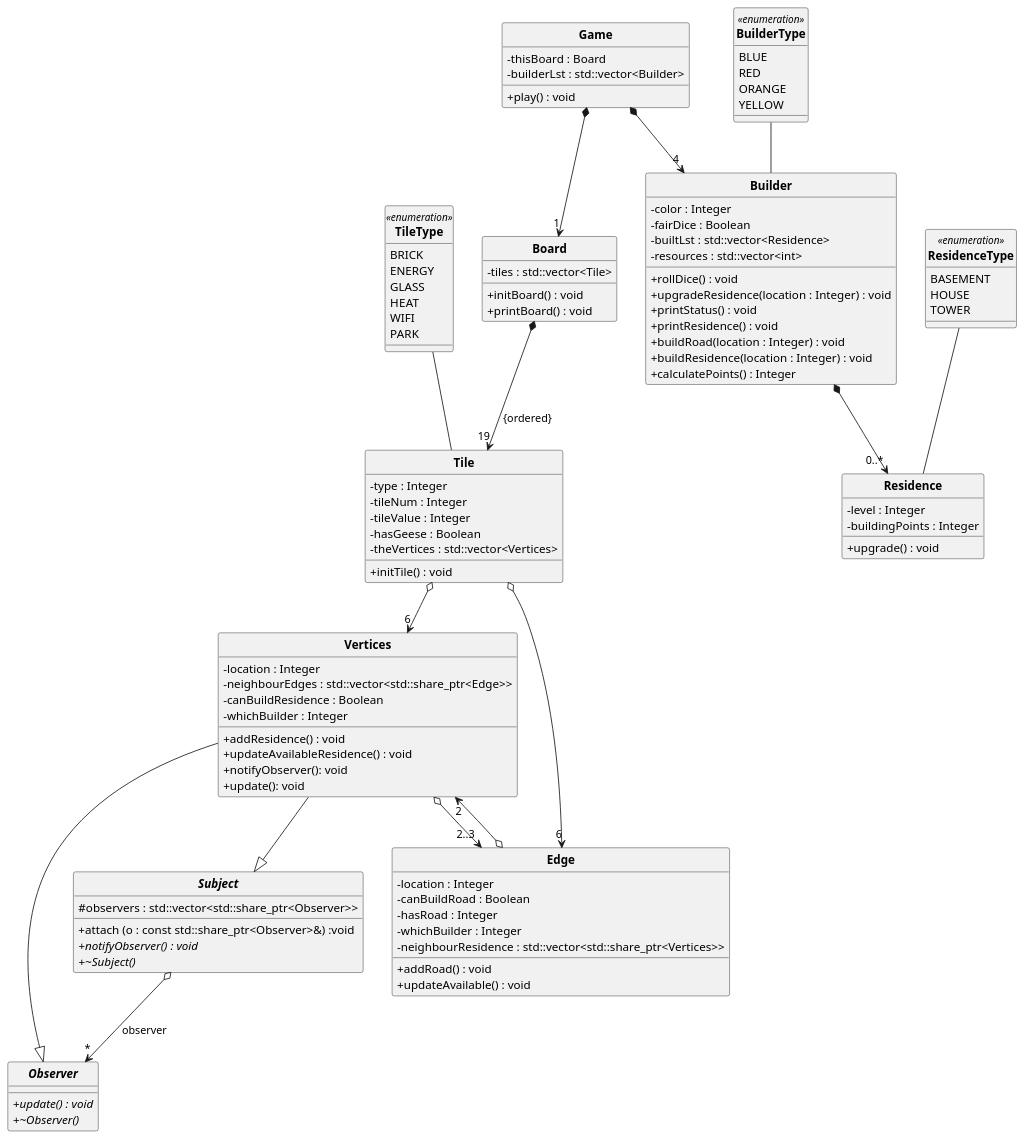
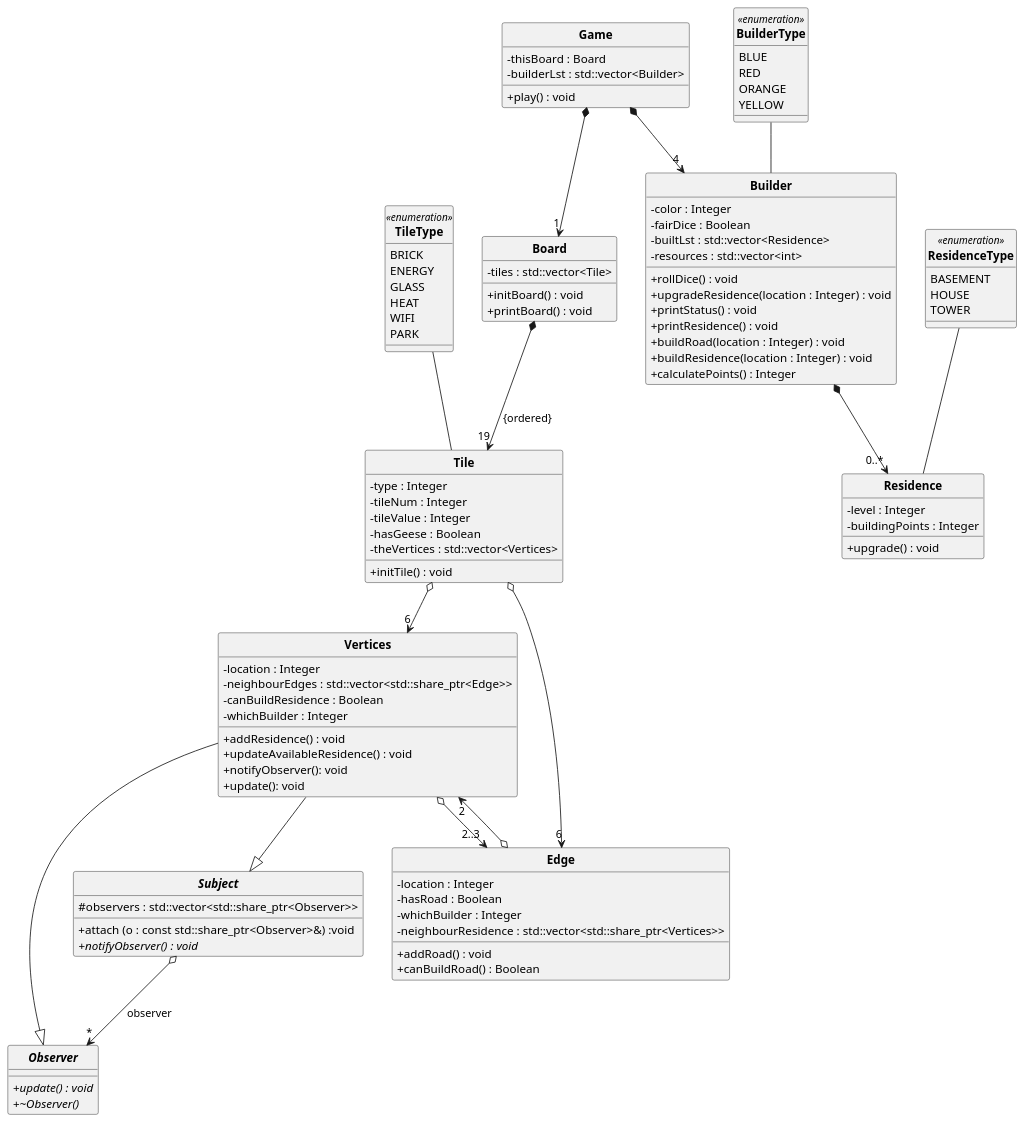
The diagram in UML.wsd (Charles-Shang/constructor), drawn with PlantUML before and after one commit. The commit also changed 8 other files, not shown here.

Commit message:
add .h files & update uml

```diff
--- a/UML.wsd
+++ b/UML.wsd
@@ -1,117 +1,115 @@
 @startuml CS246 Final Project UML ddl#1
 skinparam style strictuml
 skinparam SequenceMessageAlignment center
 skinparam classAttributeIconSize 0
 
 class "**Board**"  {
     -tiles : std::vector<Tile>
     +initBoard() : void 
     +printBoard() : void 
 } 
 
 enum "**TileType**" << enumeration >> {
     BRICK 
     ENERGY 
     GLASS 
     HEAT 
     WIFI 
     PARK
 }
 
 class "**Tile**" {
     - type : Integer
     - tileNum : Integer
     - tileValue : Integer
     - hasGeese : Boolean
     - theVertices : std::vector<Vertices>
     + initTile() : void
 } 
 
 abstract class "**Observer**" {
     + {abstract} update() : void
     + {abstract} ~Observer() 
 }
 
 abstract class "**Subject**" {
     # observers : std::vector<std::share_ptr<Observer>>
     + attach (o : const std::share_ptr<Observer>&) :void
     + {abstract} notifyObserver() : void
-    + {abstract} ~Subject()
 }
 
 class "**Vertices**" {
     - location : Integer
     - neighbourEdges : std::vector<std::share_ptr<Edge>> 
     - canBuildResidence : Boolean
     - whichBuilder : Integer
     + addResidence() : void 
     + updateAvailableResidence() : void
     + notifyObserver(): void
     + update(): void
 }
 
 class "**Edge**" {
     - location : Integer 
-    - canBuildRoad : Boolean
-    - hasRoad : Integer 
+    - hasRoad : Boolean 
     - whichBuilder : Integer 
     - neighbourResidence : std::vector<std::share_ptr<Vertices>>
     + addRoad() : void 
-    + updateAvailable() : void 
+    + canBuildRoad() : Boolean 
 }
 
 enum "**BuilderType**" << enumeration >> {
     BLUE 
     RED 
     ORANGE 
     YELLOW 
 }
 
 class "**Builder**" {
     - color : Integer 
     - fairDice : Boolean
     - builtLst : std::vector<Residence> 
     - resources : std::vector<int>
     + rollDice() : void 
     + upgradeResidence(location : Integer) : void
     + printStatus() : void 
     + printResidence() : void 
     + buildRoad(location : Integer) : void
     + buildResidence(location : Integer) : void
     + calculatePoints() : Integer 
 }
 
 enum "**ResidenceType**" << enumeration >> {
     BASEMENT 
     HOUSE
     TOWER  
 }
 
 class "**Residence**" {
     - level : Integer 
     - buildingPoints : Integer 
     + upgrade() : void 
 }
 
 class "**Game**" {
     - thisBoard : Board 
     - builderLst : std::vector<Builder>
     + play() : void 
 }
 
 "**Game**" *--> "1" "**Board**"
 "**Subject**" o--> "*" "**Observer**" : "observer"
 "**Vertices**" --|> "**Subject**"
 "**Vertices**" --|> "**Observer**"
 "**Vertices**" o--> "2..3" "**Edge**" 
 "**Edge**" o--> "2" "**Vertices**"
 "**Game**" *--> "4" "**Builder**"
 "**Board**" *--> "19" "**Tile**" : {ordered}
 "**Tile**" o--> "6" "**Edge**"
 "**Tile**" o--> "6" "**Vertices**"
 "**Builder**" *--> "0..*" "**Residence**"
 "**BuilderType**" -- "**Builder**"
 "**TileType**" -- "**Tile**"
 "**ResidenceType**" -- "**Residence**"
 
 @enduml
```
